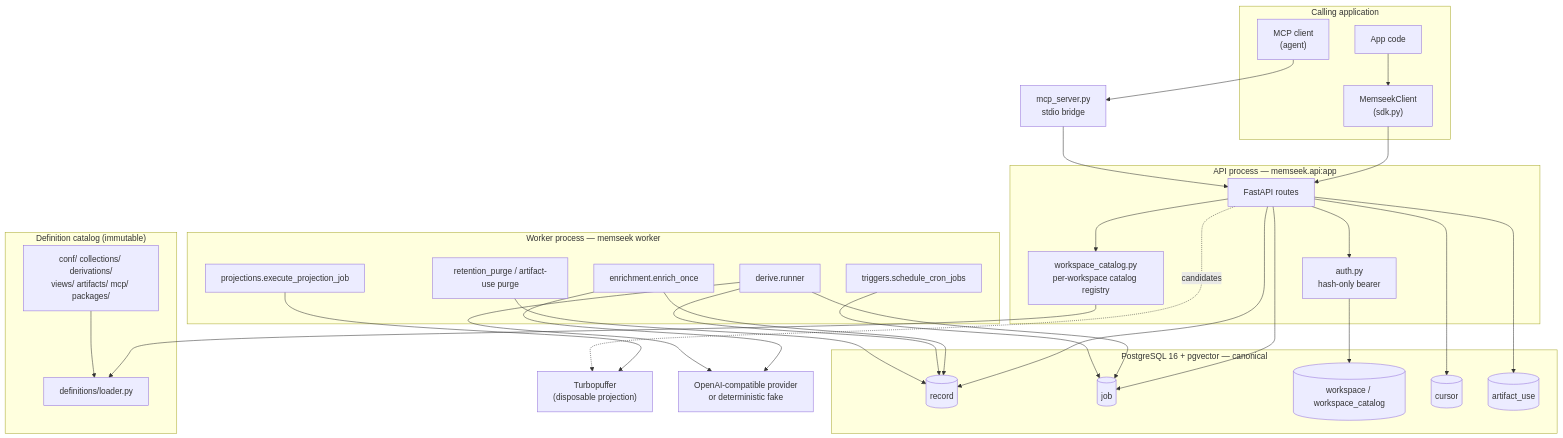
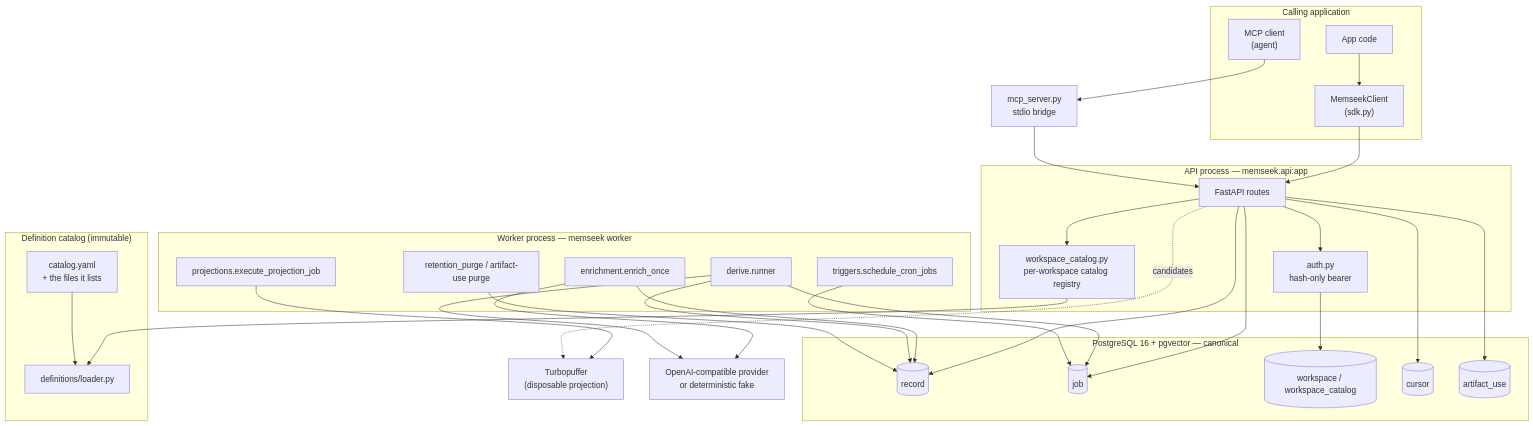
One commit to memseekai/memseek changed the first of 11 diagrams in DEEPWIKI.md. Above: the diagram before and after it, drawn with Mermaid. The commit also changed other lines of this file and 229 other files, not shown here.

````diff
--- a/DEEPWIKI.md
+++ b/DEEPWIKI.md
@@ -155,57 +155,57 @@
 ```mermaid
 graph TB
     subgraph client["Calling application"]
         APP["App code"]
         SDKC["MemseekClient<br/>(sdk.py)"]
         MCPC["MCP client<br/>(agent)"]
     end
 
     subgraph api["API process — memseek.api:app"]
         ROUTES["FastAPI routes"]
         AUTHZ["auth.py<br/>hash-only bearer"]
         WSCAT["workspace_catalog.py<br/>per-workspace catalog registry"]
     end
 
     subgraph worker["Worker process — memseek worker"]
         SWEEP["enrichment.enrich_once"]
         DRIVE["derive.runner"]
         CRON["triggers.schedule_cron_jobs"]
         PROJ["projections.execute_projection_job"]
         RET["retention_purge / artifact-use purge"]
     end
 
     subgraph cat["Definition catalog (immutable)"]
         LOADER["definitions/loader.py"]
-        YAML["conf/ collections/ derivations/<br/>views/ artifacts/ mcp/ packages/"]
+        YAML["catalog.yaml<br/>+ the files it lists"]
     end
 
     subgraph store["PostgreSQL 16 + pgvector — canonical"]
         REC[("record")]
         JOB[("job")]
         WS[("workspace / workspace_catalog")]
         CUR[("cursor")]
         AU[("artifact_use")]
     end
 
     TPUF["Turbopuffer<br/>(disposable projection)"]
     LLM["OpenAI-compatible provider<br/>or deterministic fake"]
 
     APP --> SDKC --> ROUTES
     MCPC --> MCPB["mcp_server.py<br/>stdio bridge"] --> ROUTES
     ROUTES --> AUTHZ --> WS
     ROUTES --> WSCAT --> LOADER
     YAML --> LOADER
     ROUTES --> REC
     ROUTES --> JOB
     ROUTES --> CUR
     ROUTES --> AU
     SWEEP --> REC
     DRIVE --> REC
     DRIVE --> JOB
     CRON --> JOB
     PROJ --> TPUF
     RET --> REC
     SWEEP --> LLM
     DRIVE --> LLM
     ROUTES -.candidates.-> TPUF
 ```
````
